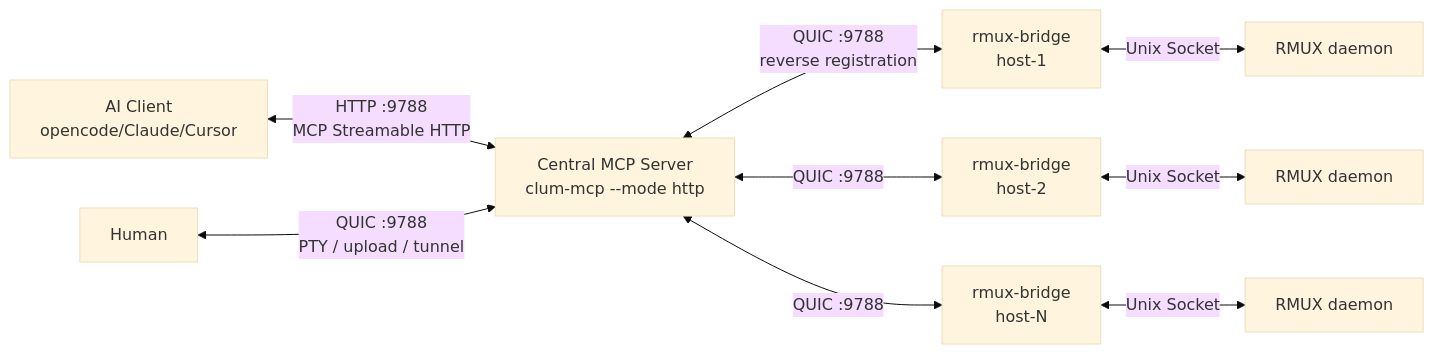
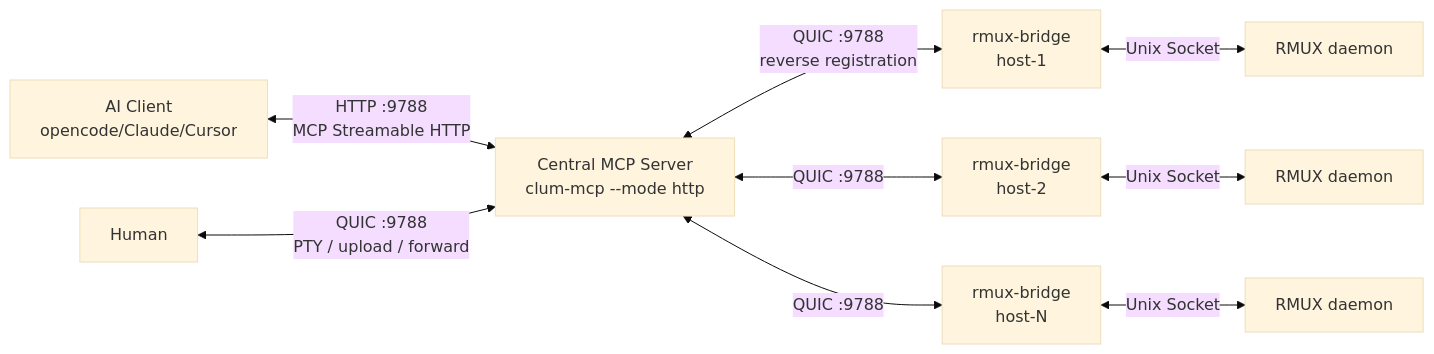
One commit to tddh/clum changed the diagram in README.md. Above: the diagram before and after it, drawn with Mermaid (base theme). The commit also changed other lines of this file and 20 other files, not shown here.

Commit message:
refactor: complete tunnel → forward rename (files, docs, internals)

````diff
--- a/README.md
+++ b/README.md
@@ -62,11 +62,11 @@
 ```mermaid
 graph LR
     A[AI Client<br/>opencode/Claude/Cursor] <-->|HTTP :9788<br/>MCP Streamable HTTP| S[Central MCP Server<br/>clum-mcp --mode http]
-    H[Human] <-->|QUIC :9788<br/>PTY / upload / tunnel| S
+    H[Human] <-->|QUIC :9788<br/>PTY / upload / forward| S
     S <-->|QUIC :9788<br/>reverse registration| C1[rmux-bridge<br/>host-1]
     S <-->|QUIC :9788| C2[rmux-bridge<br/>host-2]
     S <-->|QUIC :9788| C3[rmux-bridge<br/>host-N]
     C1 <-->|Unix Socket| D1[RMUX daemon]
     C2 <-->|Unix Socket| D2[RMUX daemon]
     C3 <-->|Unix Socket| D3[RMUX daemon]
 ```
````
